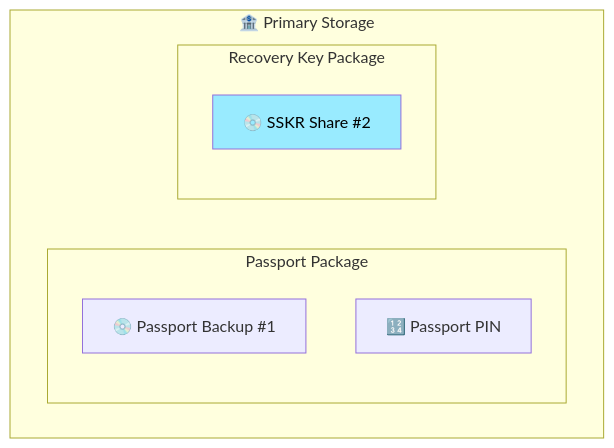
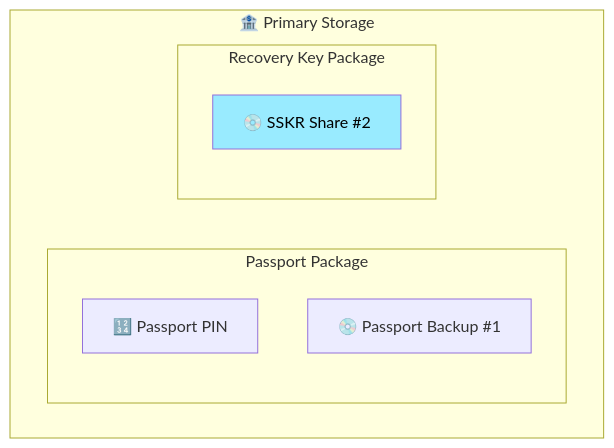
Diagram 30 of 39 in Docs/Scenario-Multisig.md (BlockchainCommons/SmartCustody), drawn with Mermaid before and after one commit.

````diff
--- a/Docs/Scenario-Multisig.md
+++ b/Docs/Scenario-Multisig.md
@@ -937,13 +937,13 @@
 ```mermaid
     graph TD
     subgraph primary["🏦 Primary Storage"]
       subgraph "Passport Package"
-      C["💿 Passport Backup #1"]
-      D["🔢 Passport PIN"]
+      C["🔢 Passport PIN"]
+      D["💿 Passport Backup #1"]
       end
       subgraph "Recovery Key Package"
       E["💿 SSKR Share #2"]
       end
     style E color:#000,fill:#99ebff;
     end
 ```
````
